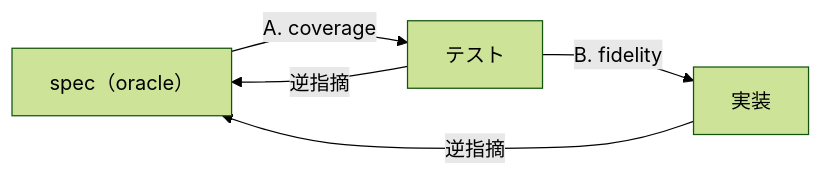
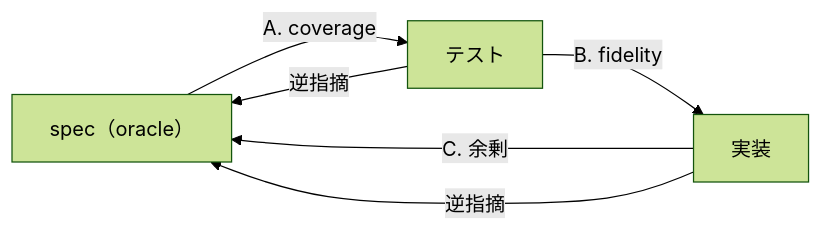
One commit to CatBraaain/dotfiles changed the diagram in dotfiles/.pi/agent/skills.exact/sdd-audit/SKILL.md. Above: the diagram before and after it, drawn with Mermaid (forest theme). The commit also changed other lines of this file, not shown here.

````diff
--- a/dotfiles/.pi/agent/skills.exact/sdd-audit/SKILL.md
+++ b/dotfiles/.pi/agent/skills.exact/sdd-audit/SKILL.md
@@ -16,10 +16,11 @@
 ```mermaid
 graph LR
   B["spec（oracle）"]
   T[テスト]
   I[実装]
   B -- "A. coverage" --> T
   T -- "B. fidelity" --> I
+  I -- "C. 余剰" --> B
   I -- "逆指摘" --> B
   T -- "逆指摘" --> B
 ```
````
